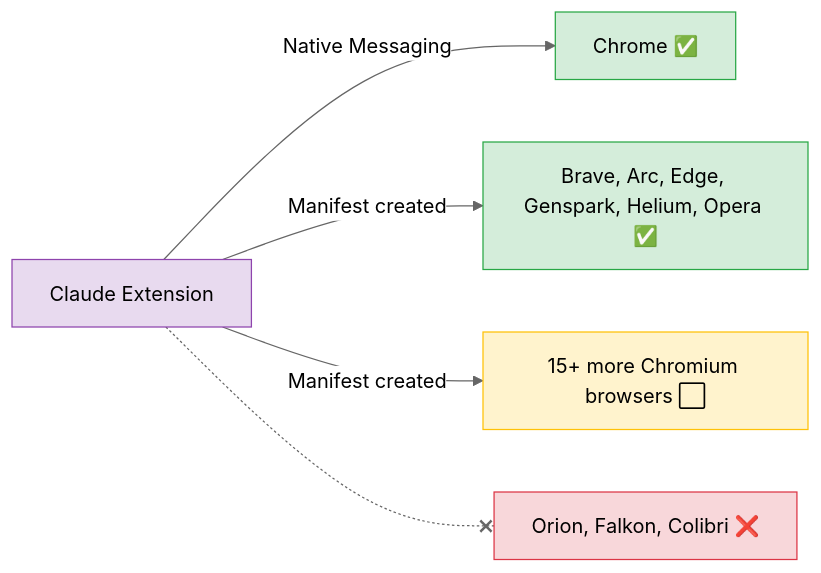
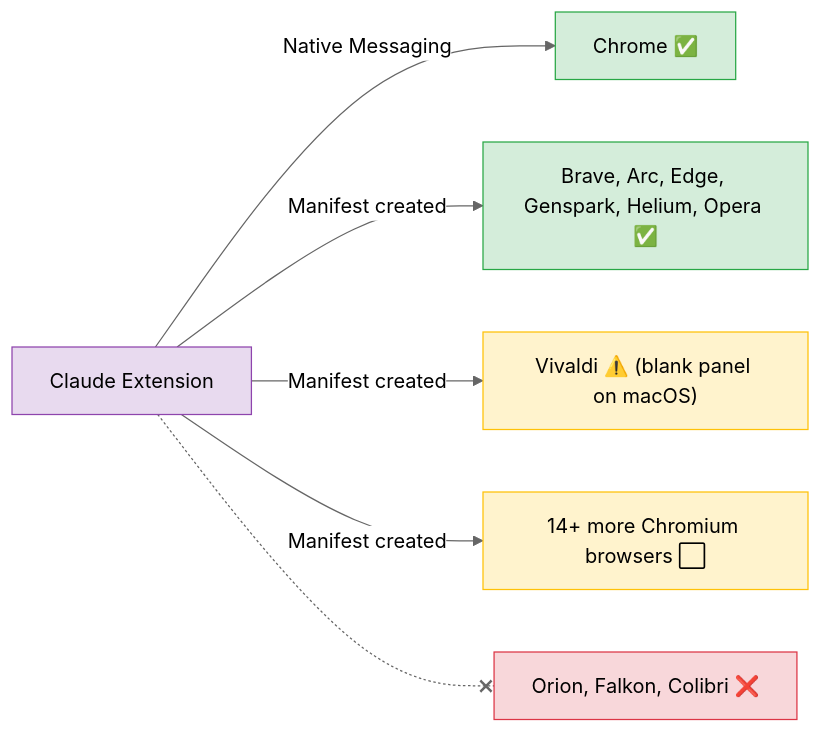
Before and after one commit to stolot0mt0m/claude-chromium-native-messaging: the second of 4 diagrams in README.md, drawn with Mermaid (neutral theme). The commit also changed other lines of this file and 1 other file, not shown here.

First line of the commit message:
fix: add Vivaldi blank side panel detection and troubleshooting

````diff
--- a/README.md
+++ b/README.md
@@ -135,13 +135,15 @@
 ```mermaid
 graph LR
     EXT["Claude Extension"] -->|"Native Messaging"| CHROME["Chrome ✅"]
     EXT -->|"Manifest created"| CONFIRMED["Brave, Arc, Edge, Genspark, Helium, Opera ✅"]
-    EXT -->|"Manifest created"| UNCONFIRMED["15+ more Chromium browsers ⬜"]
+    EXT -->|"Manifest created"| PARTIAL["Vivaldi ⚠️ (blank panel on macOS)"]
+    EXT -->|"Manifest created"| UNCONFIRMED["14+ more Chromium browsers ⬜"]
     EXT -.-x INCOMPAT["Orion, Falkon, Colibri ❌"]
 
     style CHROME fill:#d4edda,stroke:#28a745,color:#000
     style CONFIRMED fill:#d4edda,stroke:#28a745,color:#000
+    style PARTIAL fill:#fff3cd,stroke:#ffc107,color:#000
     style UNCONFIRMED fill:#fff3cd,stroke:#ffc107,color:#000
     style INCOMPAT fill:#f8d7da,stroke:#dc3545,color:#000
     style EXT fill:#e8daef,stroke:#8e44ad,color:#000
 ```
````
